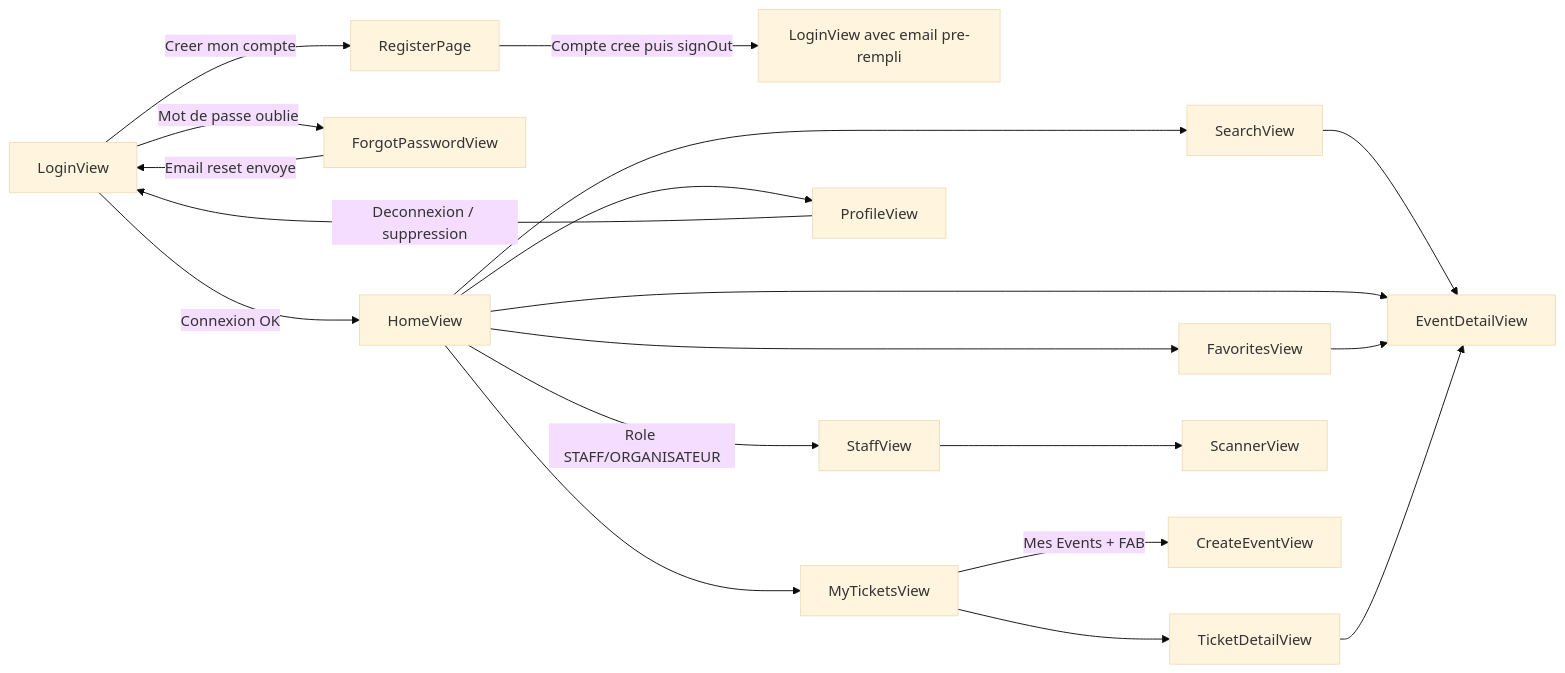
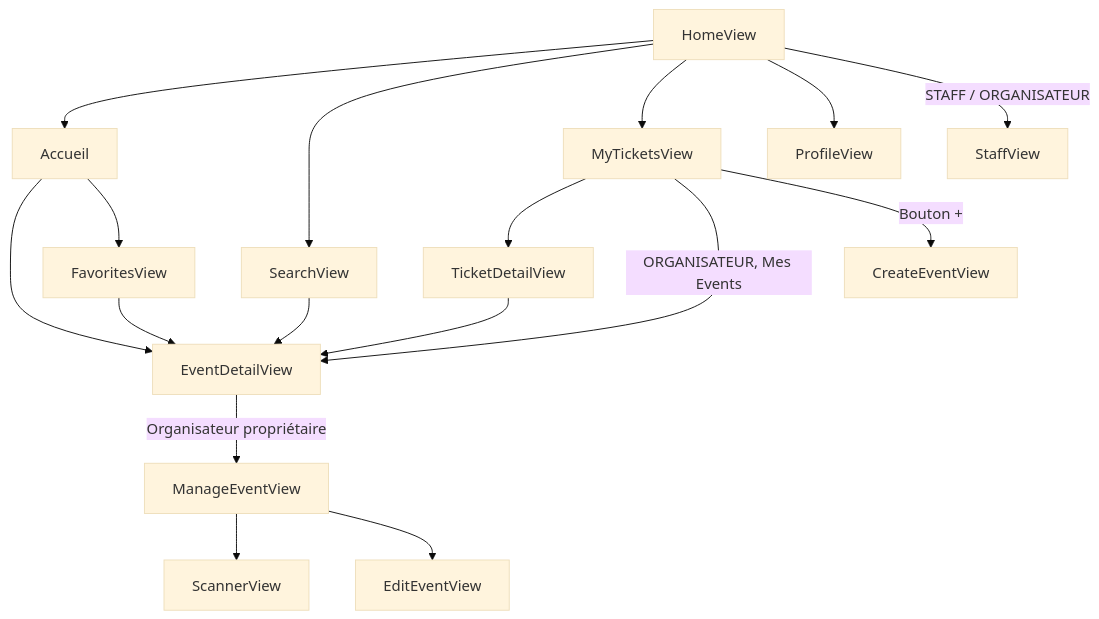
Before and after one commit to CharlesMassuard/Buckshot: the third of 4 diagrams in docs/architecture_technique.md, drawn with Mermaid (base theme). The commit also changed other lines of this file, not shown here.

First line of the commit message:
Restructure and update architecture_technique.md

````diff
--- a/docs/architecture_technique.md
+++ b/docs/architecture_technique.md
@@ -259,21 +255,20 @@
 ```mermaid
-flowchart LR
-  Login["LoginView"] -->|Creer mon compte| Register["RegisterPage"]
-  Register -->|Compte cree puis signOut| LoginPrefill["LoginView avec email pre-rempli"]
-  Login -->|Mot de passe oublie| Forgot["ForgotPasswordView"]
-  Forgot -->|Email reset envoye| Login
-  Login -->|Connexion OK| Home["HomeView"]
-  Home --> Search["SearchView"]
-  Home --> Tickets["MyTicketsView"]
-  Home --> Profile["ProfileView"]
-  Home -->|Role STAFF/ORGANISATEUR| Staff["StaffView"]
-  Home --> Favorites["FavoritesView"]
-  Search --> Detail["EventDetailView"]
-  Home --> Detail
-  Favorites --> Detail
-  Tickets --> TicketDetail["TicketDetailView"]
-  TicketDetail --> Detail
-  Staff --> Scanner["ScannerView"]
-  Tickets -->|Mes Events + FAB| Create["CreateEventView"]
-  Profile -->|Deconnexion / suppression| Login
+flowchart TD
+  H["HomeView"] --> A["Accueil"]
+  H --> S["SearchView"]
+  H --> B["MyTicketsView"]
+  H --> P["ProfileView"]
+  H -->|STAFF / ORGANISATEUR| ST["StaffView"]
+
+  A --> D["EventDetailView"]
+  S --> D
+  B --> T["TicketDetailView"]
+  T --> D
+  B -->|ORGANISATEUR, Mes Events| D
+  D -->|Organisateur propriétaire| M["ManageEventView"]
+  M --> SC["ScannerView"]
+  M --> E["EditEventView"]
+  B -->|Bouton +| C["CreateEventView"]
+  A --> F["FavoritesView"]
+  F --> D
 ```
````
